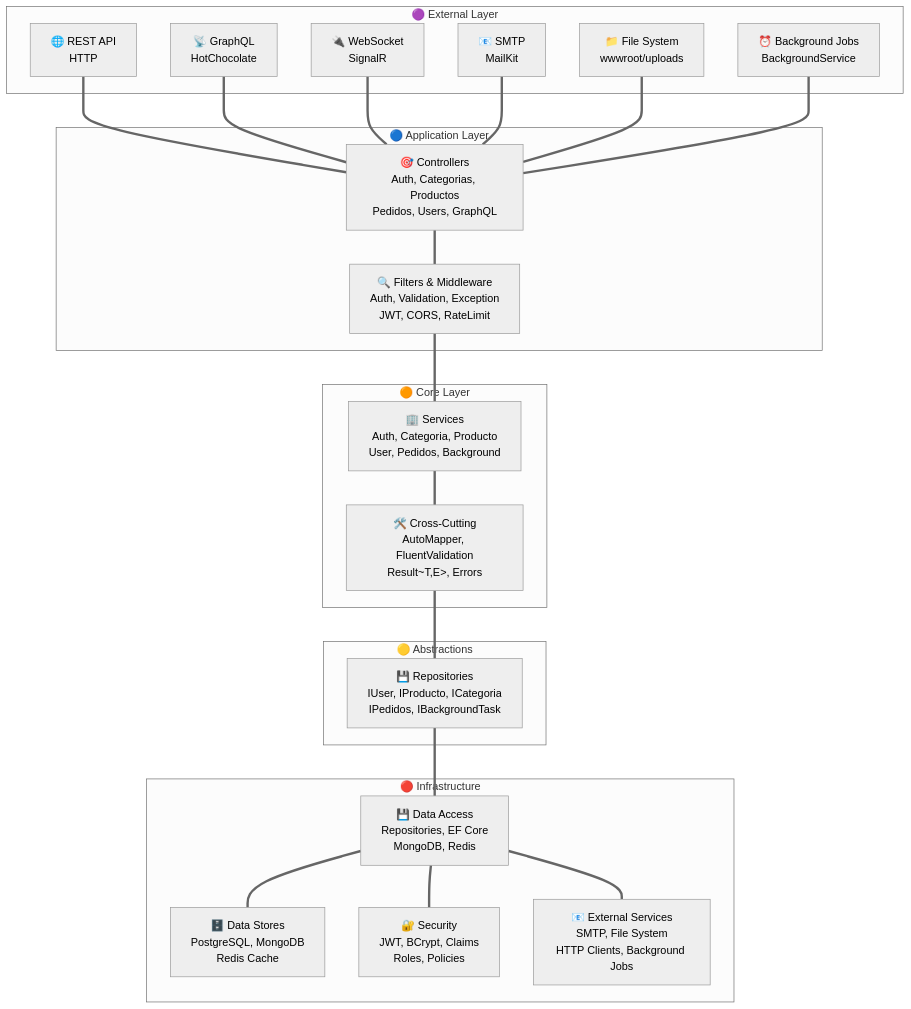
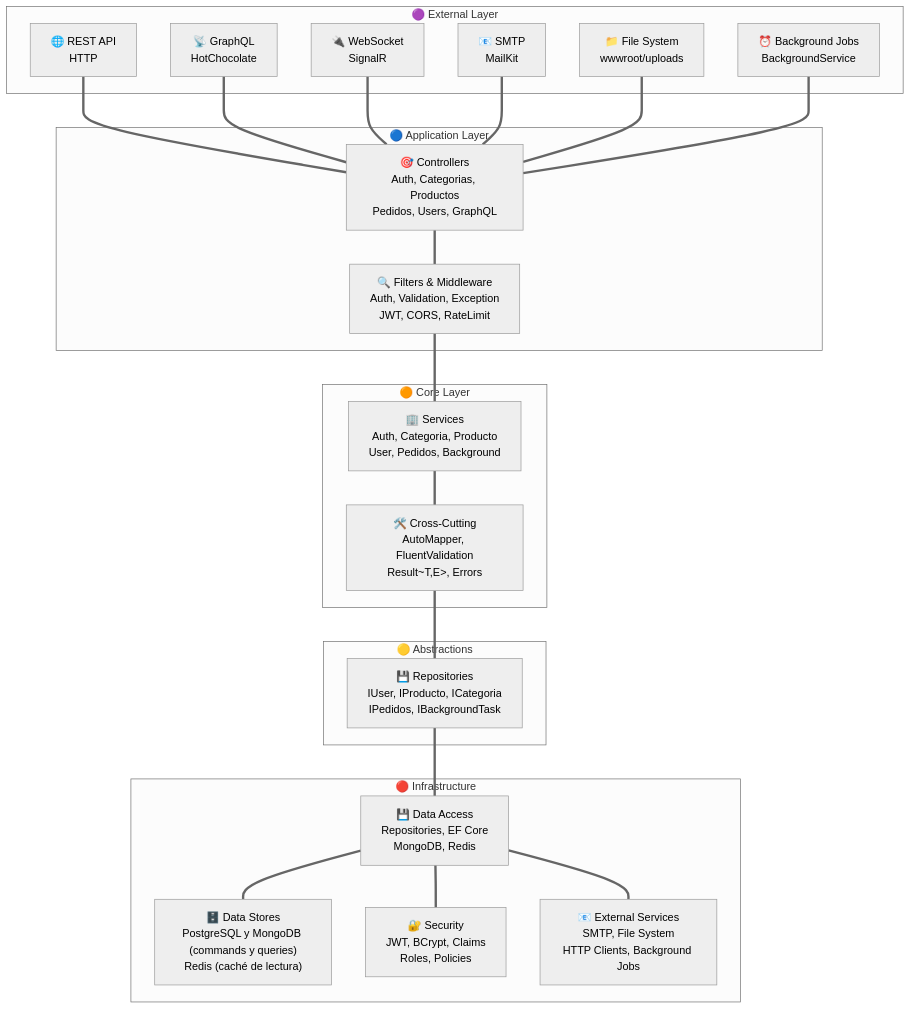
The fifth of 6 diagrams in README.md (joseluisgs/TiendaDawApi-NetCore), drawn with Mermaid (neutral theme) before and after one commit. The commit also changed other lines of this file, not shown here.

Commit message:
docs: readme - sin conteos de tests y roles de bd (commands y queries) en diagramas y tablas

````diff
--- a/README.md
+++ b/README.md
@@ -861,40 +872,40 @@
 ```mermaid
 graph TB
     subgraph "🟣 External Layer" 
         REST["🌐 REST API<br/>HTTP"]
         GQL["📡 GraphQL<br/>HotChocolate"]
         WS["🔌 WebSocket<br/>SignalR"]
         SMTP["📧 SMTP<br/>MailKit"]
         FS["📁 File System<br/>wwwroot/uploads"]
         BG["⏰ Background Jobs<br/>BackgroundService"]
     end
 
     subgraph "🔵 Application Layer"
         CTRL["🎯 Controllers<br/>Auth, Categorias, Productos<br/>Pedidos, Users, GraphQL"]
         FILT["🔍 Filters & Middleware<br/>Auth, Validation, Exception<br/>JWT, CORS, RateLimit"]
     end
 
     subgraph "🟠 Core Layer"
         SVC["🏢 Services<br/>Auth, Categoria, Producto<br/>User, Pedidos, Background"]
         CCC["🛠️ Cross-Cutting<br/>AutoMapper, FluentValidation<br/>Result~T,E&gt;, Errors"]
     end
 
     subgraph "🟡 Abstractions"
         REPO["💾 Repositories<br/>IUser, IProducto, ICategoria<br/>IPedidos, IBackgroundTask"]
     end
 
     subgraph "🔴 Infrastructure"
         DA["💾 Data Access<br/>Repositories, EF Core<br/>MongoDB, Redis"]
-        DS["🗄️ Data Stores<br/>PostgreSQL, MongoDB<br/>Redis Cache"]
+        DS["🗄️ Data Stores<br/>PostgreSQL y MongoDB (commands y queries)<br/>Redis (caché de lectura)"]
         SEC["🔐 Security<br/>JWT, BCrypt, Claims<br/>Roles, Policies"]
         EXT["📧 External Services<br/>SMTP, File System<br/>HTTP Clients, Background Jobs"]
     end
 
     REST & GQL & WS & SMTP & FS & BG === CTRL
     CTRL === FILT
     FILT === SVC
     SVC === CCC
     CCC === REPO
     REPO === DA
     DA === DS & SEC & EXT
 ```
````
